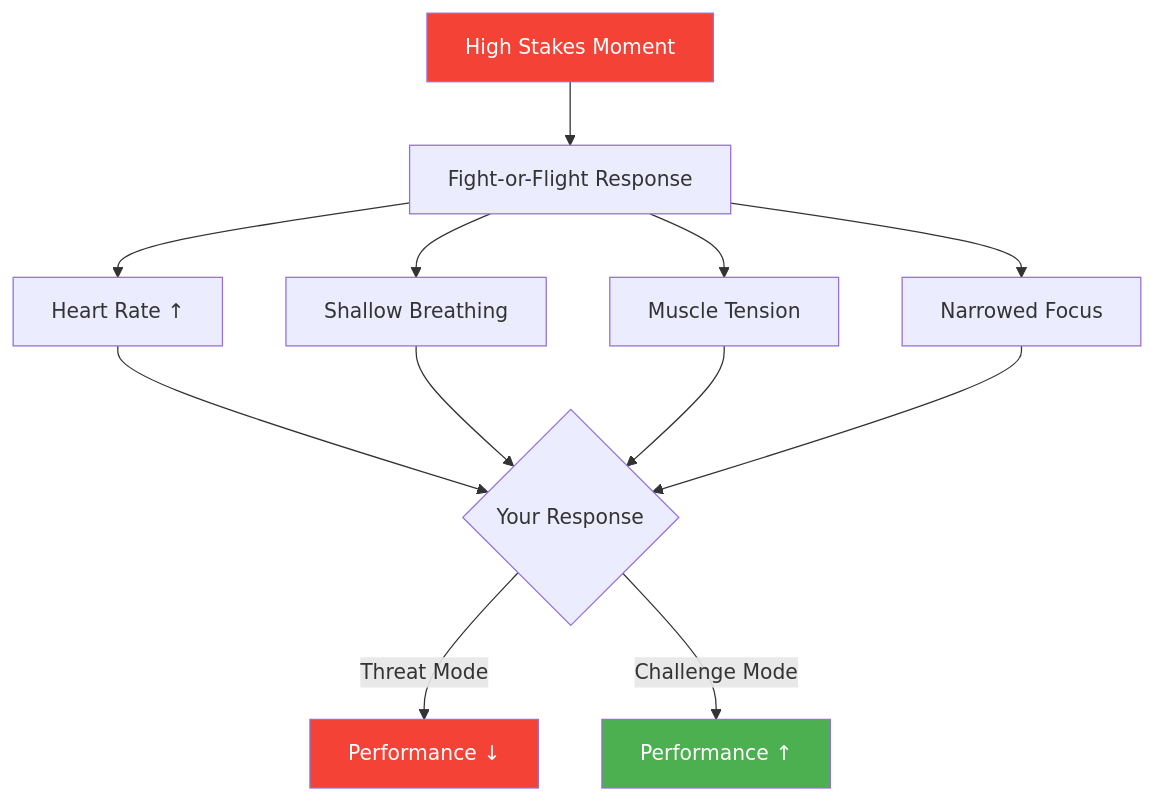
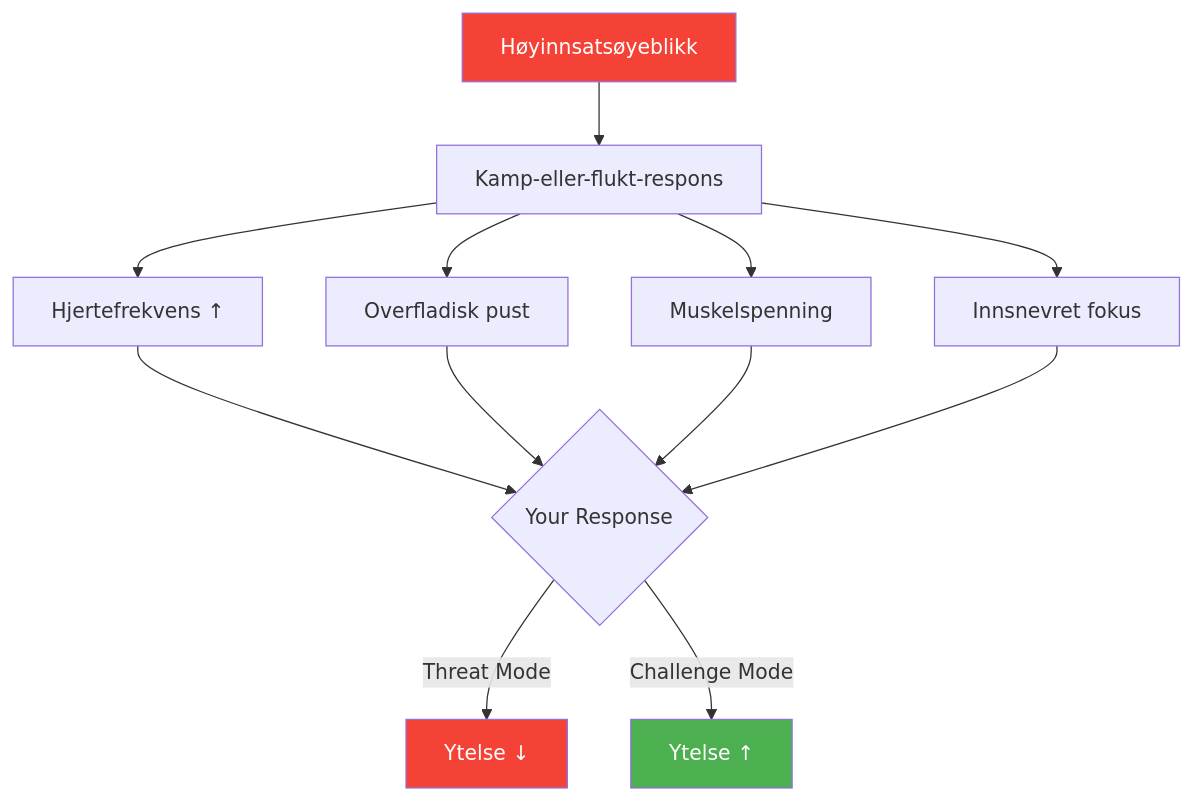
The diagram in docs/no/articles/pressure-management.md (patwii/petanque-academy), drawn with Mermaid before and after one commit. The commit also changed other lines of this file and 550 other files, not shown here.

````diff
--- a/docs/no/articles/pressure-management.md
+++ b/docs/no/articles/pressure-management.md
@@ -22,20 +22,20 @@
 ```mermaid
 flowchart TD
-    A[High Stakes Moment] --> B[Fight-or-Flight Response]
-    B --> C[Heart Rate ↑]
-    B --> D[Shallow Breathing]
-    B --> E[Muscle Tension]
-    B --> F[Narrowed Focus]
+    A[Høyinnsatsøyeblikk] --> B[Kamp-eller-flukt-respons]
+    B --> C[Hjertefrekvens ↑]
+    B --> D[Overfladisk pust]
+    B --> E[Muskelspenning]
+    B --> F[Innsnevret fokus]
 
     C --> G{Your Response}
     D --> G
     E --> G
     F --> G
 
-    G -->|Threat Mode| H[Performance ↓]
-    G -->|Challenge Mode| I[Performance ↑]
+    G -->|Threat Mode| H[Ytelse ↓]
+    G -->|Challenge Mode| I[Ytelse ↑]
 
     style A fill:#f44336,color:#fff
     style H fill:#f44336,color:#fff
     style I fill:#4CAF50,color:#fff
 ```
````
